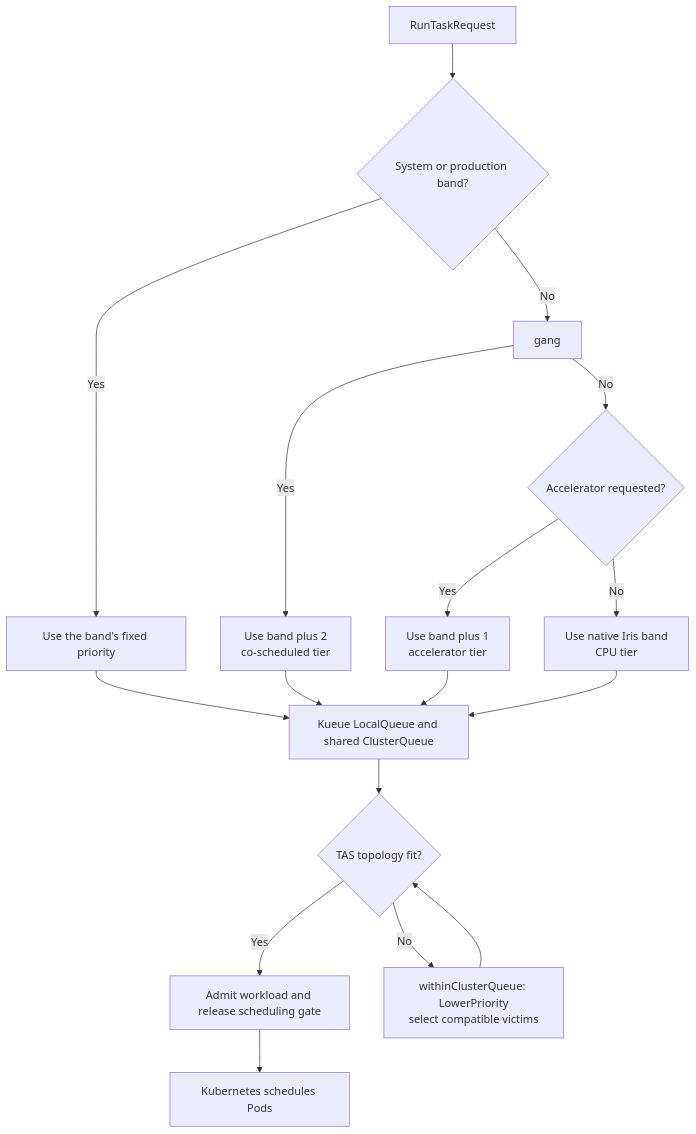
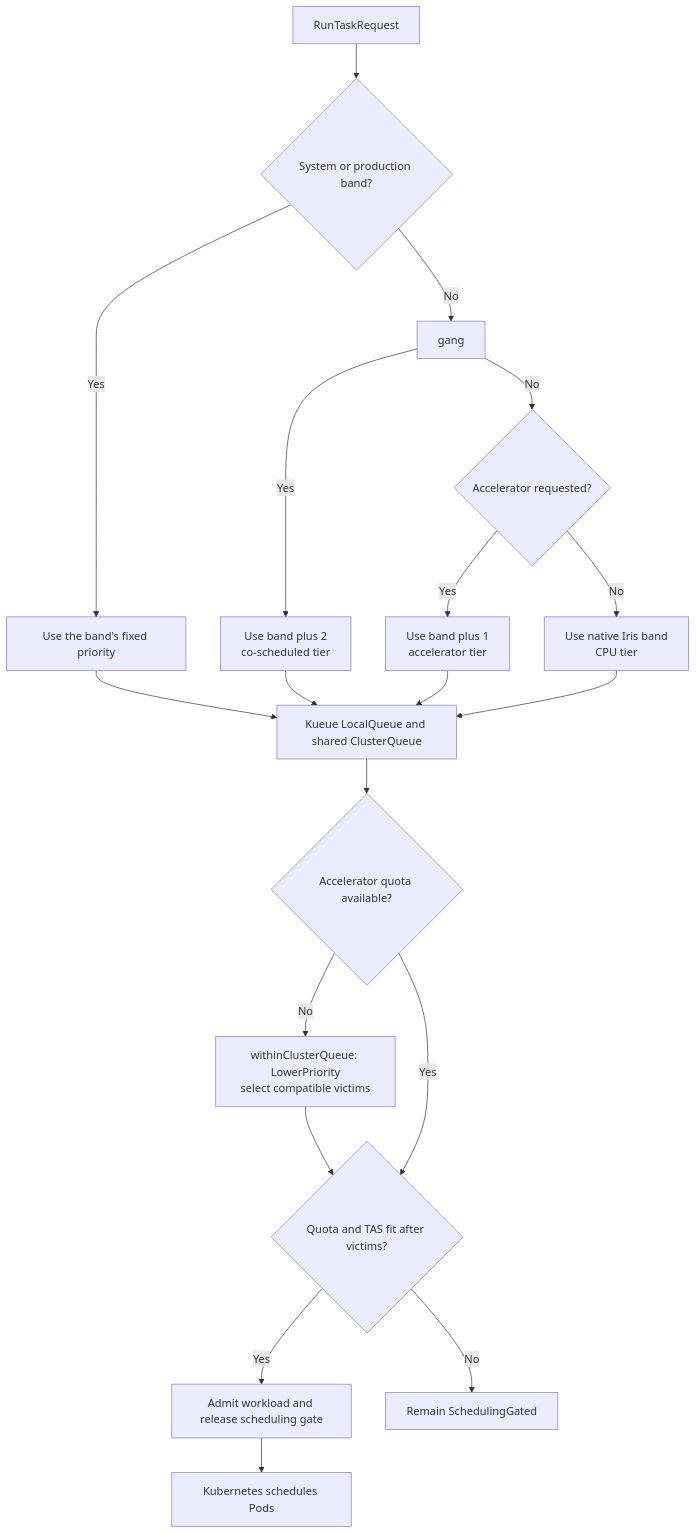
Before and after one commit to marin-community/marin: the diagram in lib/iris/docs/coreweave.md, drawn with Mermaid. The commit also changed other lines of this file and 9 other files, not shown here.

First line of the commit message:
[iris] Restore Kueue TAS priority preemption

````diff
--- a/lib/iris/docs/coreweave.md
+++ b/lib/iris/docs/coreweave.md
@@ -189,19 +197,21 @@
 ```mermaid
 flowchart TD
     request[RunTaskRequest] --> protected{System or production band?}
     protected -- Yes --> fixed[Use the band's fixed priority]
     protected -- No --> gang
     gang -- Yes --> native[Use band plus 2<br/>co-scheduled tier]
     gang -- No --> accelerator{Accelerator requested?}
     accelerator -- Yes --> gpu[Use band plus 1<br/>accelerator tier]
     accelerator -- No --> cpu[Use native Iris band<br/>CPU tier]
     fixed --> queue[Kueue LocalQueue and shared ClusterQueue]
     native --> queue[Kueue LocalQueue and shared ClusterQueue]
     gpu --> queue
     cpu --> queue
-    queue --> fit{TAS topology fit?}
+    queue --> quota{Accelerator quota available?}
+    quota -- No --> preempt[withinClusterQueue: LowerPriority<br/>select compatible victims]
+    preempt --> fit{Quota and TAS fit after victims?}
+    quota -- Yes --> fit
     fit -- Yes --> admit[Admit workload and release scheduling gate]
-    fit -- No --> preempt[withinClusterQueue: LowerPriority<br/>select compatible victims]
-    preempt --> fit
+    fit -- No --> wait[Remain SchedulingGated]
     admit --> schedule[Kubernetes schedules Pods]
 ```
````
